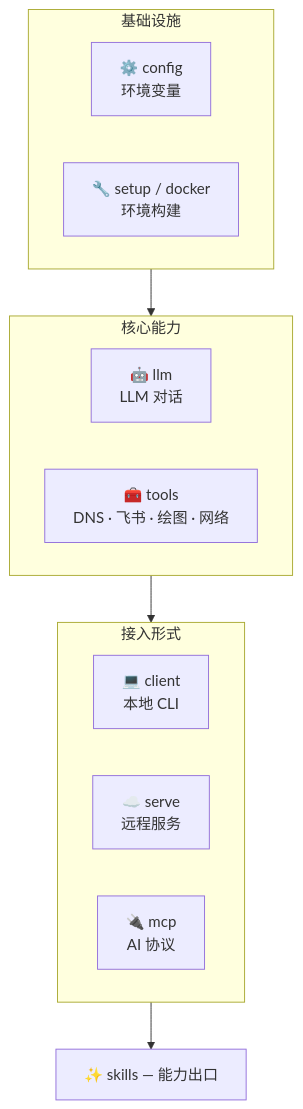
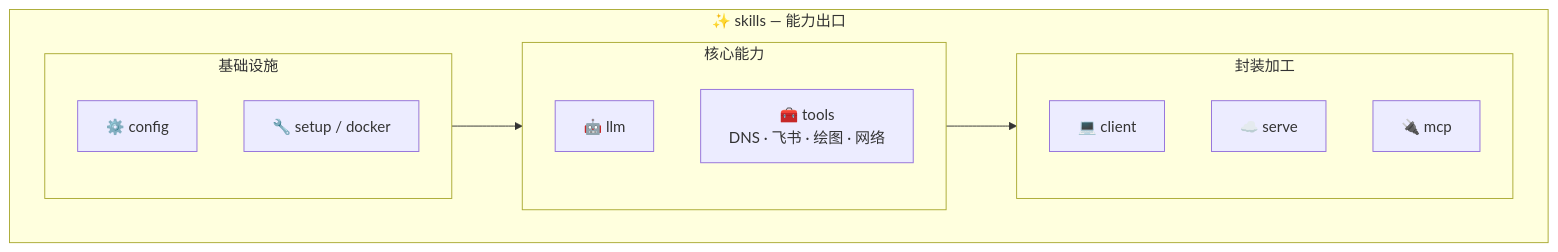
The diagram in docs/index.md (cubenlp/ChatTool), drawn with Mermaid before and after one commit.

Commit message:
docs: redesign arch diagram with nested subgraphs showing containment

````diff
--- a/docs/index.md
+++ b/docs/index.md
@@ -20,27 +20,20 @@
 ```mermaid
-graph TB
-    subgraph 基础设施
-        direction LR
-        CFG[⚙️ config\n环境变量]
-        SETUP[🔧 setup / docker\n环境构建]
+flowchart TB
+    subgraph SKILLS["✨ skills — 能力出口"]
+        subgraph WRAP["封装加工"]
+            CLIENT["💻 client"]
+            SERVE["☁️ serve"]
+            MCP["🔌 mcp"]
+        end
+        subgraph CORE["核心能力"]
+            LLM["🤖 llm"]
+            TOOLS["🧰 tools\nDNS · 飞书 · 绘图 · 网络"]
+        end
+        subgraph INFRA["基础设施"]
+            CFG["⚙️ config"]
+            SETUP["🔧 setup / docker"]
+        end
     end
 
-    subgraph 核心能力
-        direction LR
-        LLM[🤖 llm\nLLM 对话]
-        TOOLS[🧰 tools\nDNS · 飞书 · 绘图 · 网络]
-    end
-
-    subgraph 接入形式
-        direction LR
-        CLIENT[💻 client\n本地 CLI]
-        SERVE[☁️ serve\n远程服务]
-        MCP[🔌 mcp\nAI 协议]
-    end
-
-    SKILLS[✨ skills — 能力出口]
-
-    基础设施 --> 核心能力
-    核心能力 --> 接入形式
-    接入形式 --> SKILLS
+    INFRA --> CORE --> WRAP
 ```
````
